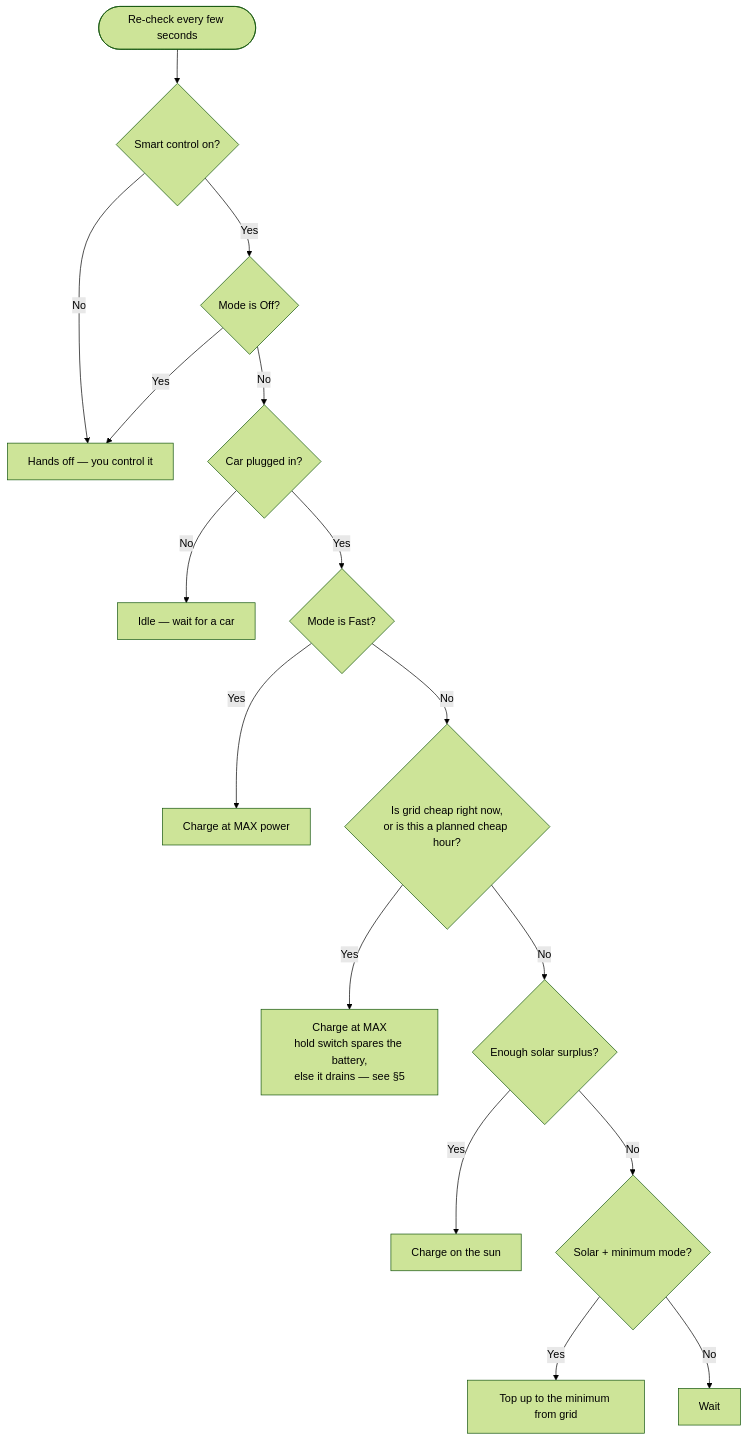
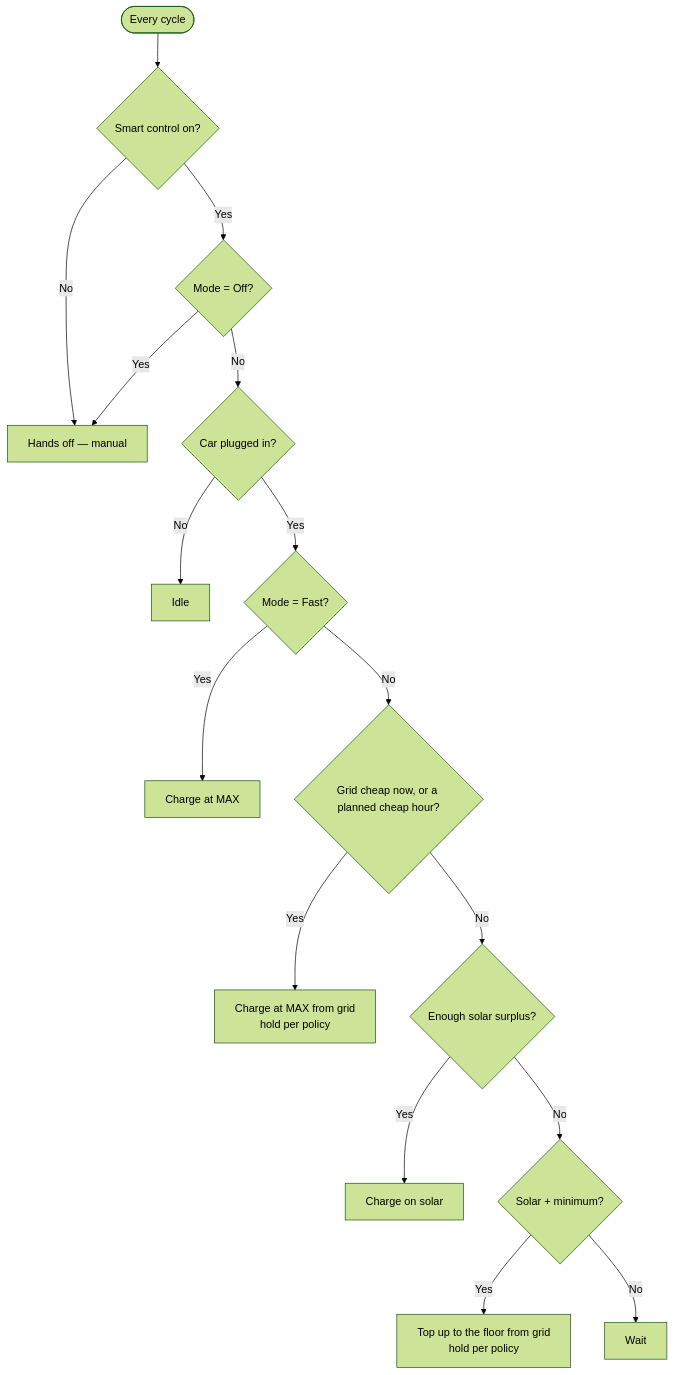
One commit to JustChr/HAgoe_steve changed the diagram in docs/charging-behavior-matrix.md. Above: the diagram before and after it, drawn with Mermaid (forest theme). The commit also changed other lines of this file, not shown here.

First line of the commit message:
Docs: rewrite charging matrix — shorter, current, hold-switch by SoC

````diff
--- a/docs/charging-behavior-matrix.md
+++ b/docs/charging-behavior-matrix.md
@@ -42,18 +49,18 @@
 ```mermaid
 flowchart TD
-    A([Re-check every few seconds]) --> B{Smart control on?}
-    B -- No --> HANDS[Hands off — you control it]
-    B -- Yes --> C{Mode is Off?}
-    C -- Yes --> HANDS
+    A([Every cycle]) --> B{Smart control on?}
+    B -- No --> H[Hands off — manual]
+    B -- Yes --> C{Mode = Off?}
+    C -- Yes --> H
     C -- No --> D{Car plugged in?}
-    D -- No --> IDLE[Idle — wait for a car]
-    D -- Yes --> E{Mode is Fast?}
-    E -- Yes --> MAX[Charge at MAX power]
-    E -- No --> G{Is grid cheap right now,<br/>or is this a planned cheap hour?}
-    G -- Yes --> GRID[Charge at MAX<br/>hold switch spares the battery,<br/>else it drains — see §5]
+    D -- No --> I[Idle]
+    D -- Yes --> E{Mode = Fast?}
+    E -- Yes --> MAX[Charge at MAX]
+    E -- No --> G{Grid cheap now, or a planned cheap hour?}
+    G -- Yes --> GRID[Charge at MAX from grid<br/>hold per policy]
     G -- No --> J{Enough solar surplus?}
-    J -- Yes --> SUN[Charge on the sun]
-    J -- No --> K{Solar + minimum mode?}
-    K -- Yes --> FLOOR[Top up to the minimum from grid]
-    K -- No --> WAIT[Wait]
+    J -- Yes --> SUN[Charge on solar]
+    J -- No --> K{Solar + minimum?}
+    K -- Yes --> FLOOR[Top up to the floor from grid<br/>hold per policy]
+    K -- No --> W[Wait]
 ```
````
